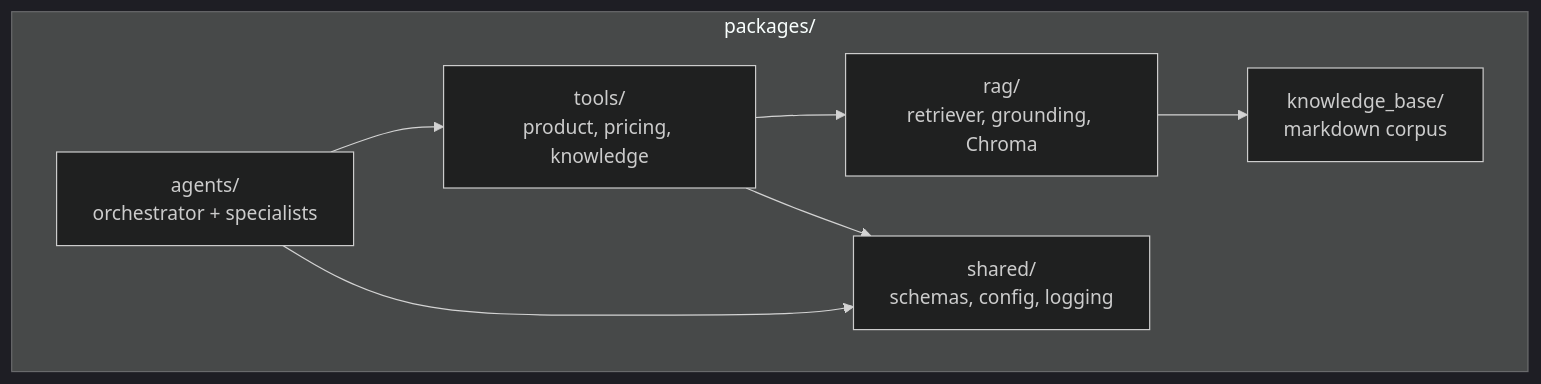
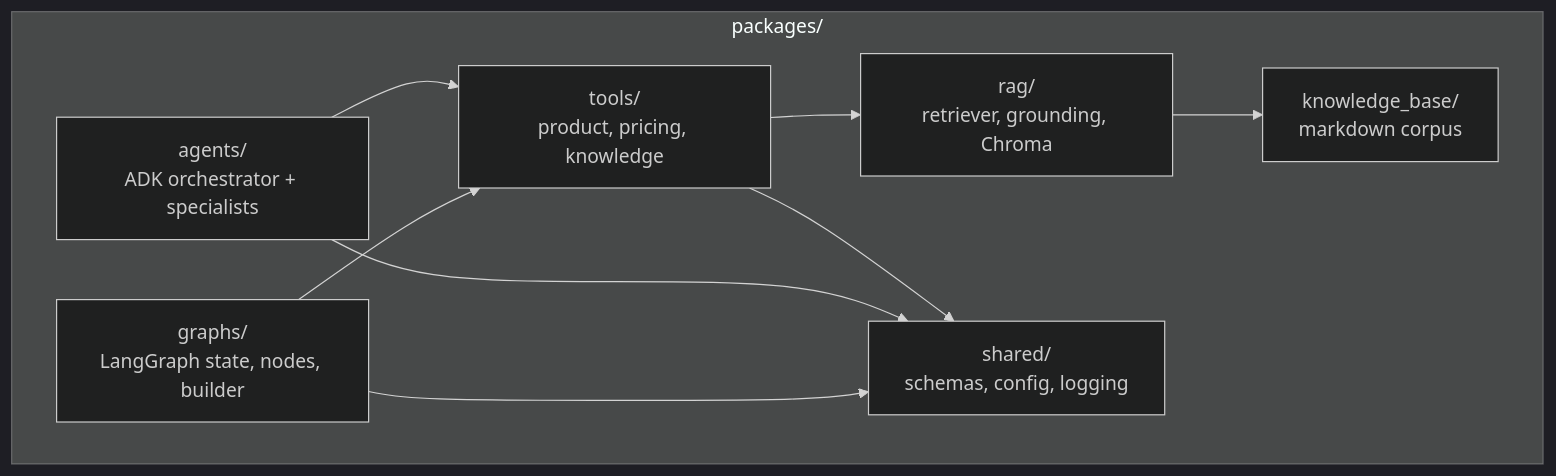
The seventh of 7 diagrams in docs/architecture-diagram.md (luisfm44/landed-agent), drawn with Mermaid (dark theme) before and after one commit. The commit also changed other lines of this file and 5 other files, not shown here.

````diff
--- a/docs/architecture-diagram.md
+++ b/docs/architecture-diagram.md
@@ -178,16 +235,19 @@
 ```mermaid
 flowchart TB
     subgraph packages [packages/]
-        AGENTS[agents/<br/>orchestrator + specialists]
+        AGENTS[agents/<br/>ADK orchestrator + specialists]
+        GRAPHS[graphs/<br/>LangGraph state, nodes, builder]
         TOOLS[tools/<br/>product, pricing, knowledge]
         KB[knowledge_base/<br/>markdown corpus]
         RAG[rag/<br/>retriever, grounding, Chroma]
         SHARED[shared/<br/>schemas, config, logging]
     end
 
     AGENTS --> TOOLS
+    GRAPHS --> TOOLS
     TOOLS --> RAG
     TOOLS --> SHARED
     RAG --> KB
     AGENTS --> SHARED
+    GRAPHS --> SHARED
 ```
````
